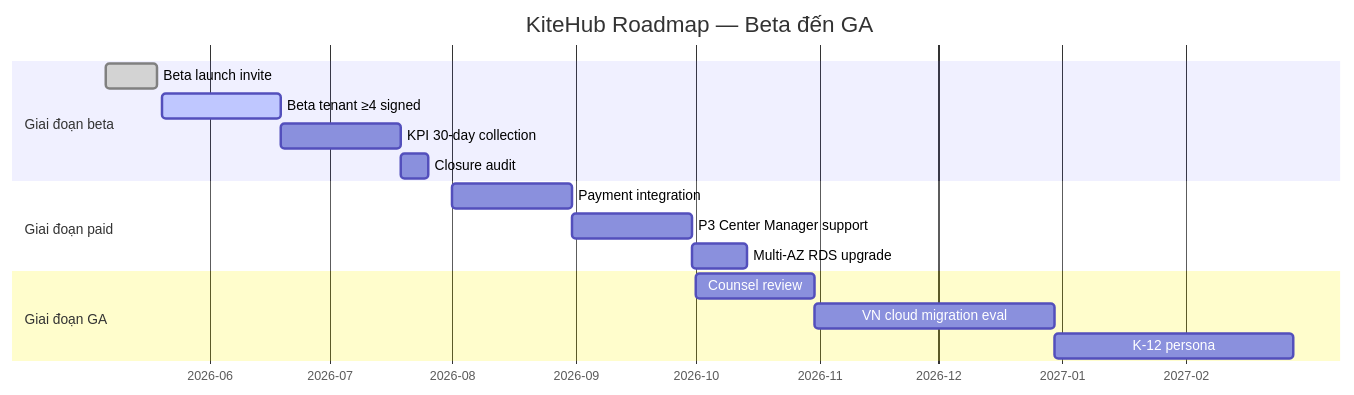
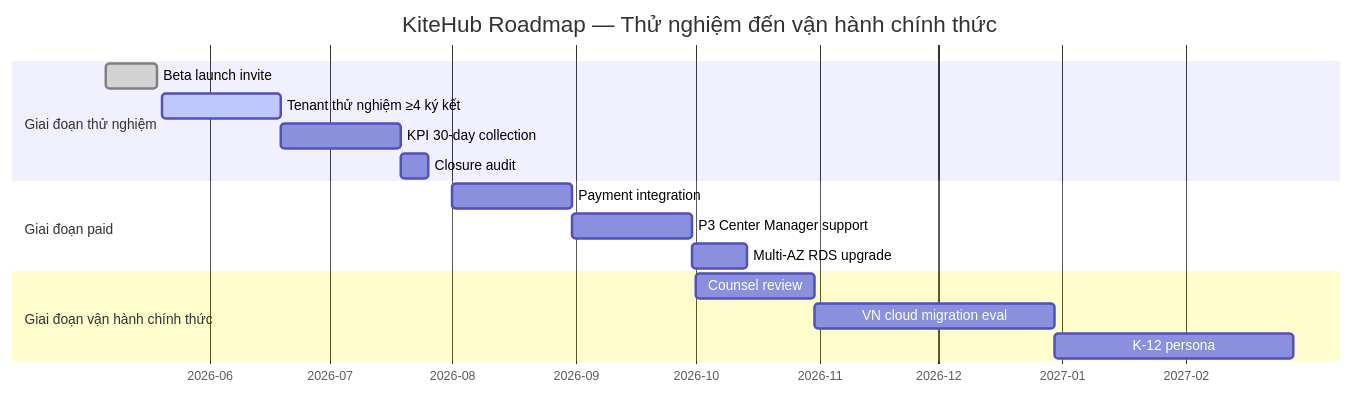
Before and after one commit to VictorAurelius/2026-Kite-Class-Platform: the fourth of 4 diagrams in documents/08-thesis/chapter-4-deployment-results.md, drawn with Mermaid. The commit also changed other lines of this file and 7 other files, not shown here.

````diff
--- a/documents/08-thesis/chapter-4-deployment-results.md
+++ b/documents/08-thesis/chapter-4-deployment-results.md
@@ -285,22 +285,22 @@
 ```mermaid
 gantt
-    title KiteHub Roadmap — Beta đến GA
+    title KiteHub Roadmap — Thử nghiệm đến vận hành chính thức
     dateFormat YYYY-MM-DD
     axisFormat %Y-%m
 
-    section Giai đoạn beta
+    section Giai đoạn thử nghiệm
     Beta launch invite          :done, p1, 2026-05-06, 2026-05-19
-    Beta tenant ≥4 signed       :active, p1_beta, 2026-05-20, 30d
+    Tenant thử nghiệm ≥4 ký kết       :active, p1_beta, 2026-05-20, 30d
     KPI 30-day collection       :p1_kpi, after p1_beta, 30d
     Closure audit               :p1_close, after p1_kpi, 7d
 
     section Giai đoạn paid
     Payment integration         :p15_pay, 2026-08-01, 30d
     P3 Center Manager support   :p15_p3, after p15_pay, 30d
     Multi-AZ RDS upgrade        :p15_rds, after p15_p3, 14d
 
-    section Giai đoạn GA
+    section Giai đoạn vận hành chính thức
     Counsel review              :p2_legal, 2026-10-01, 30d
     VN cloud migration eval     :p2_vn, after p2_legal, 60d
     K-12 persona                :p2_k12, after p2_vn, 60d
 ```
````
